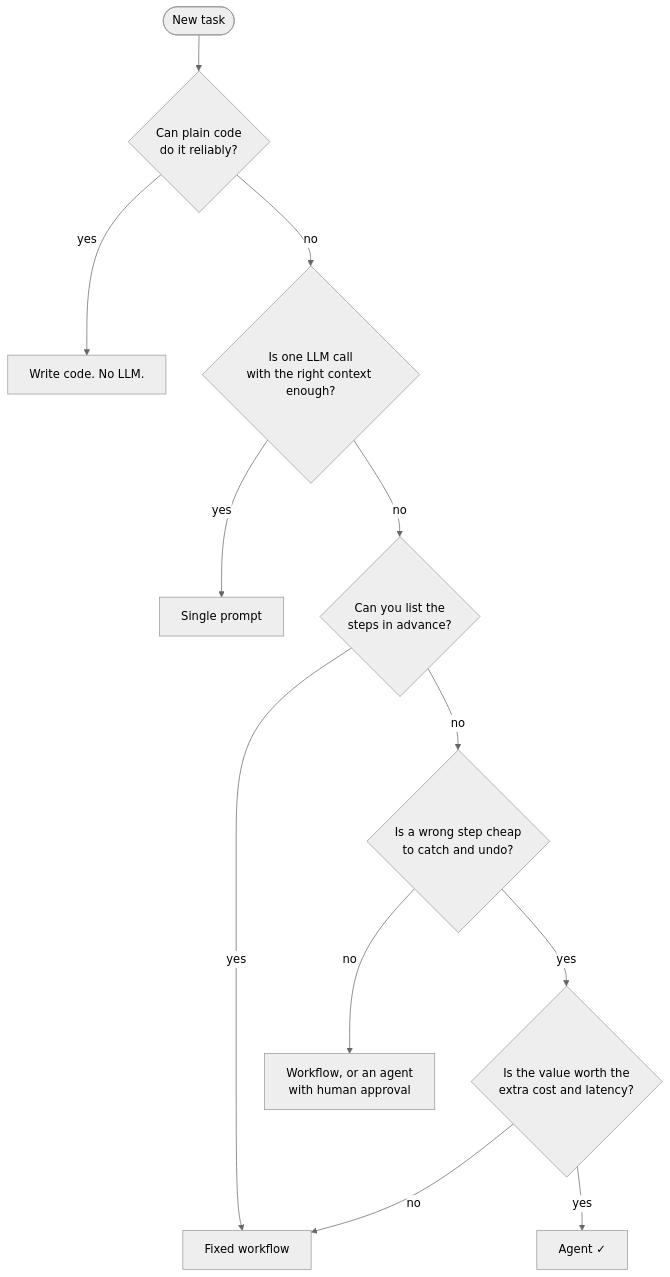
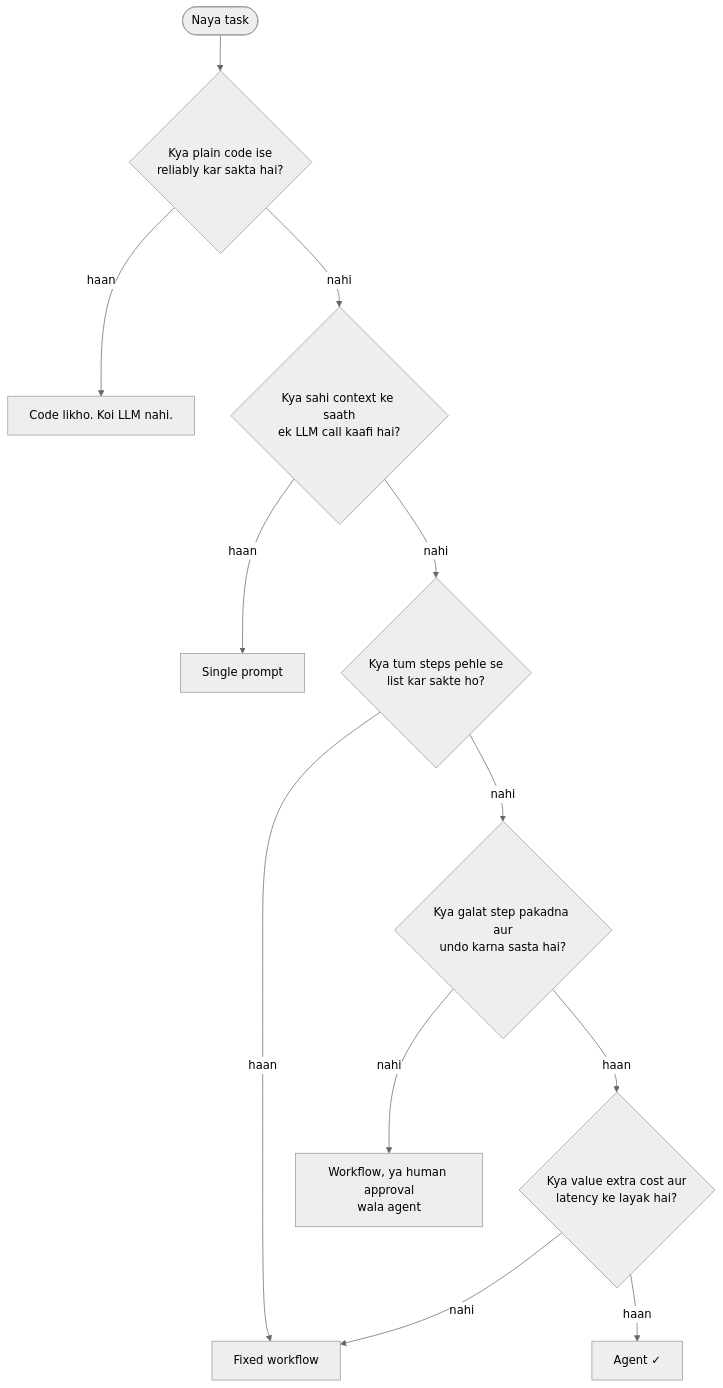
Before and after one commit to asmustechno/agentic-ai-notes: the diagram in docs/01-foundations/01.6-when-not-to-use-an-agent.md, drawn with Mermaid (neutral theme). The commit also changed other lines of this file and 135 other files, not shown here.

````diff
--- a/docs/01-foundations/01.6-when-not-to-use-an-agent.md
+++ b/docs/01-foundations/01.6-when-not-to-use-an-agent.md
@@ -38,14 +42,14 @@
 ```mermaid
 flowchart TD
-    S([New task]) --> Q1{Can plain code<br/>do it reliably?}
-    Q1 -->|yes| C[Write code. No LLM.]
-    Q1 -->|no| Q2{Is one LLM call<br/>with the right context enough?}
-    Q2 -->|yes| P[Single prompt]
-    Q2 -->|no| Q3{Can you list the<br/>steps in advance?}
-    Q3 -->|yes| W[Fixed workflow]
-    Q3 -->|no| Q4{Is a wrong step cheap<br/>to catch and undo?}
-    Q4 -->|no| H[Workflow, or an agent<br/>with human approval]
-    Q4 -->|yes| Q5{Is the value worth the<br/>extra cost and latency?}
-    Q5 -->|no| W
-    Q5 -->|yes| A[Agent ✓]
+    S([Naya task]) --> Q1{"Kya plain code ise<br/>reliably kar sakta hai?"}
+    Q1 -->|haan| C["Code likho. Koi LLM nahi."]
+    Q1 -->|nahi| Q2{"Kya sahi context ke saath<br/>ek LLM call kaafi hai?"}
+    Q2 -->|haan| P[Single prompt]
+    Q2 -->|nahi| Q3{"Kya tum steps pehle se<br/>list kar sakte ho?"}
+    Q3 -->|haan| W[Fixed workflow]
+    Q3 -->|nahi| Q4{"Kya galat step pakadna aur<br/>undo karna sasta hai?"}
+    Q4 -->|nahi| H["Workflow, ya human approval<br/>wala agent"]
+    Q4 -->|haan| Q5{"Kya value extra cost aur<br/>latency ke layak hai?"}
+    Q5 -->|nahi| W
+    Q5 -->|haan| A[Agent ✓]
 ```
````
